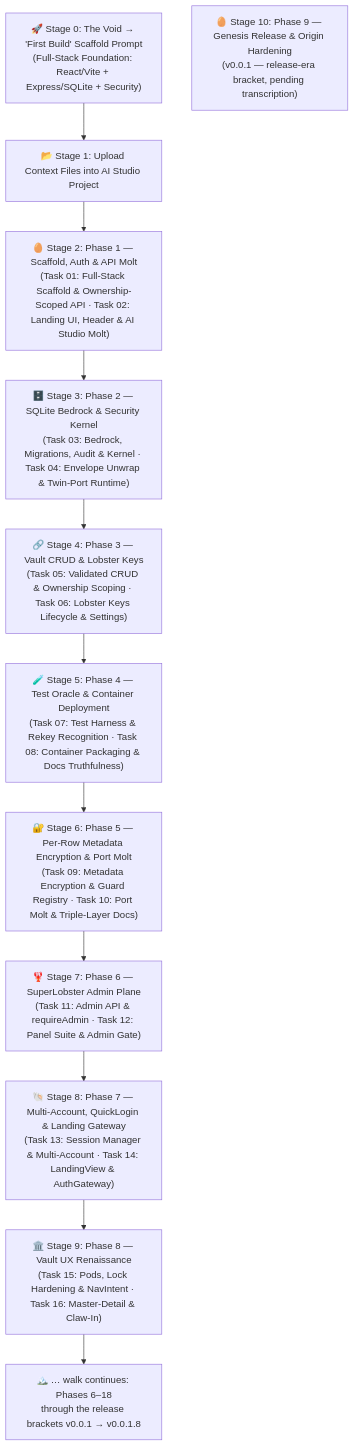
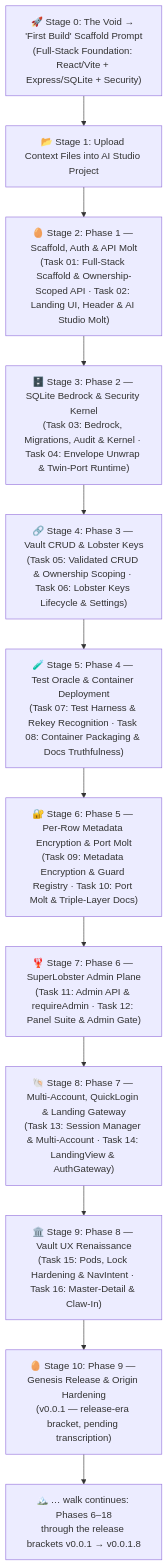
The diagram in project/meta-prompt-ai-studio.md (ClawStackStudios/ShellGuard), drawn with Mermaid before and after one commit.

Commit message:
docs: rewire spine flowchart edge for Phase 9

````diff
--- a/project/meta-prompt-ai-studio.md
+++ b/project/meta-prompt-ai-studio.md
@@ -16,26 +16,27 @@
 ```mermaid
 flowchart TD
     Step0["🚀 Stage 0: The Void → 'First Build' Scaffold Prompt<br/>(Full-Stack Foundation: React/Vite + Express/SQLite + Security)"]
     UploadContext["📂 Stage 1: Upload Context Files into AI Studio Project"]
     Phase1["🥚 Stage 2: Phase 1 — Scaffold, Auth & API Molt<br/>(Task 01: Full-Stack Scaffold & Ownership-Scoped API · Task 02: Landing UI, Header & AI Studio Molt)"]
     Phase2["🗄️ Stage 3: Phase 2 — SQLite Bedrock & Security Kernel<br/>(Task 03: Bedrock, Migrations, Audit & Kernel · Task 04: Envelope Unwrap & Twin-Port Runtime)"]
     Phase3["🔗 Stage 4: Phase 3 — Vault CRUD & Lobster Keys<br/>(Task 05: Validated CRUD & Ownership Scoping · Task 06: Lobster Keys Lifecycle & Settings)"]
     Phase4["🧪 Stage 5: Phase 4 — Test Oracle & Container Deployment<br/>(Task 07: Test Harness & Rekey Recognition · Task 08: Container Packaging & Docs Truthfulness)"]
     Phase5["🔐 Stage 6: Phase 5 — Per-Row Metadata Encryption & Port Molt<br/>(Task 09: Metadata Encryption & Guard Registry · Task 10: Port Molt & Triple-Layer Docs)"]
     Phase6["🦞 Stage 7: Phase 6 — SuperLobster Admin Plane<br/>(Task 11: Admin API & requireAdmin · Task 12: Panel Suite & Admin Gate)"]
     Phase7["🐚 Stage 8: Phase 7 — Multi-Account, QuickLogin & Landing Gateway<br/>(Task 13: Session Manager & Multi-Account · Task 14: LandingView & AuthGateway)"]
     Phase8["🏛️ Stage 9: Phase 8 — Vault UX Renaissance<br/>(Task 15: Pods, Lock Hardening & NavIntent · Task 16: Master-Detail & Claw-In)"]
     Phase9["🥚 Stage 10: Phase 9 — Genesis Release & Origin Hardening<br/>(v0.0.1 — release-era bracket, pending transcription)"]
     Summit["🏔️ … walk continues: Phases 6–18<br/>through the release brackets v0.0.1 → v0.0.1.8"]
 
     Step0 --> UploadContext
     UploadContext --> Phase1
     Phase1 --> Phase2
     Phase2 --> Phase3
     Phase3 --> Phase4
     Phase4 --> Phase5
     Phase5 --> Phase6
     Phase6 --> Phase7
     Phase7 --> Phase8
-    Phase8 --> Summit
+    Phase8 --> Phase9
+    Phase9 --> Summit
 ```
````
